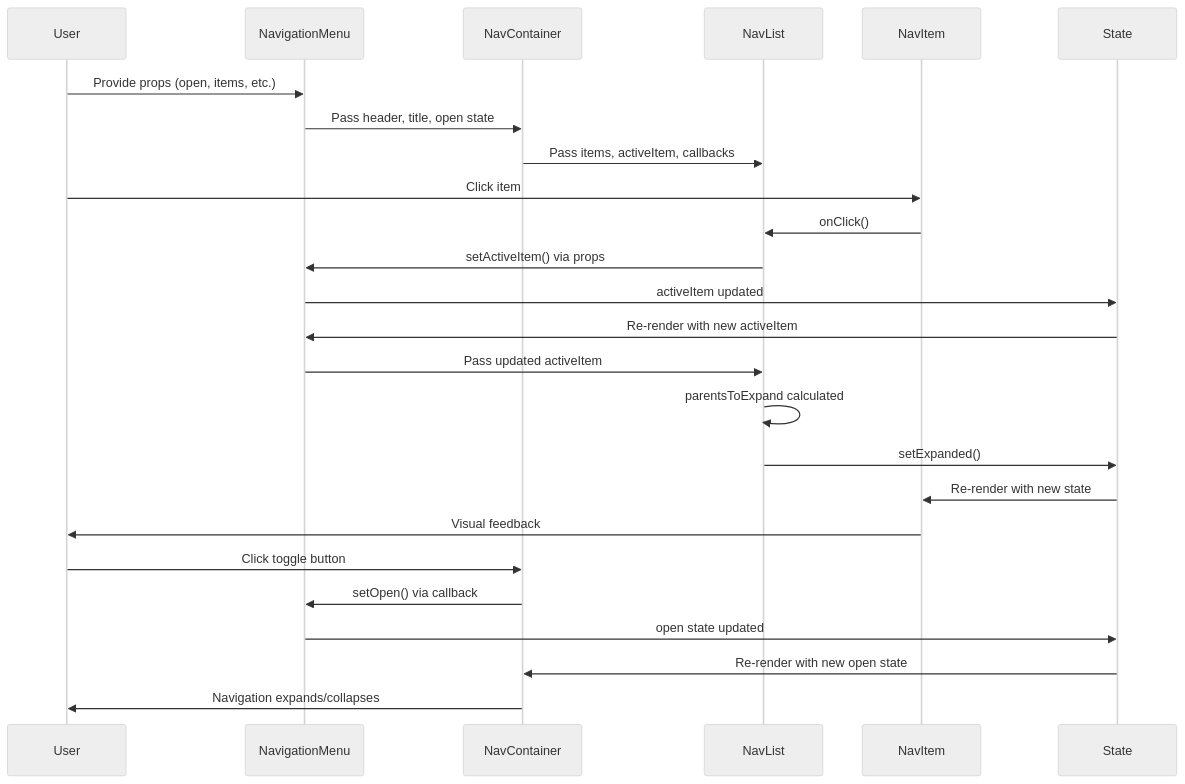
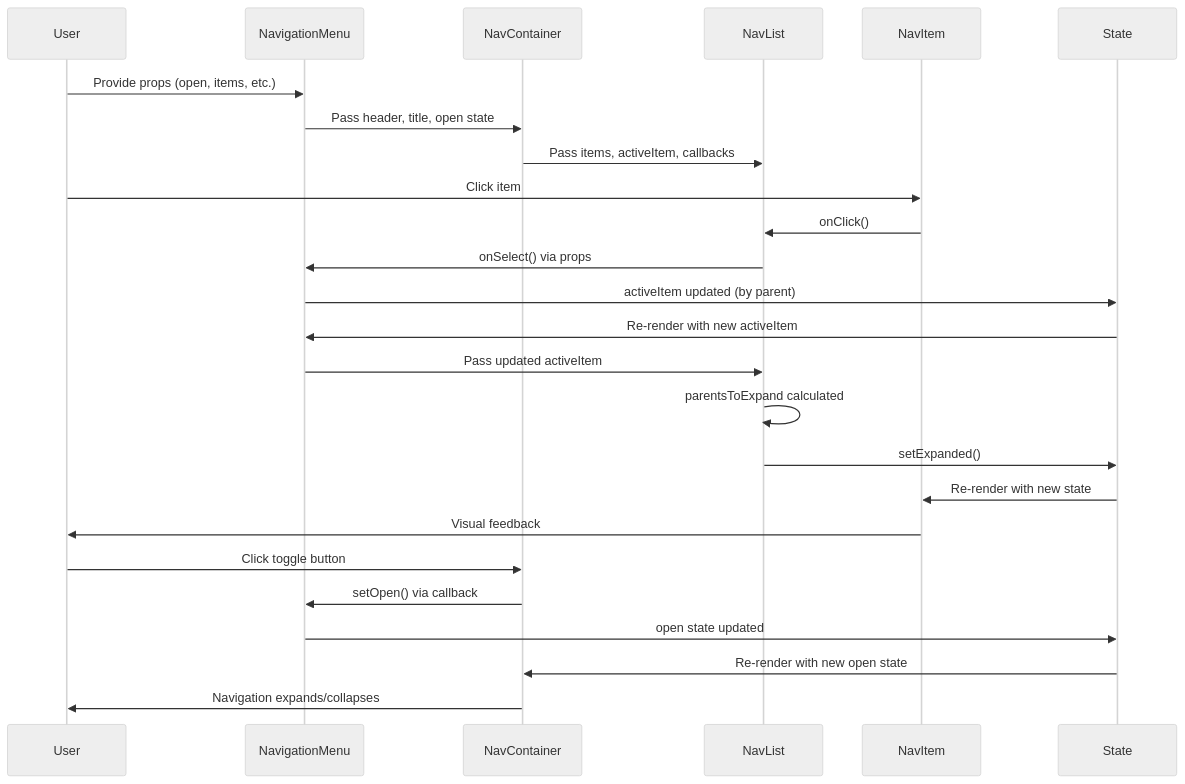
The second of 2 diagrams in aries-core/src/js/components/core/NavigationMenu/DOCUMENTATION.md (grommet/hpe-design-system), drawn with Mermaid (neutral theme) before and after one commit. The commit also changed other lines of this file and 4 other files, not shown here.

Commit message:
simplified and consolidated setActiveItem and onSelect props

````diff
--- a/aries-core/src/js/components/core/NavigationMenu/DOCUMENTATION.md
+++ b/aries-core/src/js/components/core/NavigationMenu/DOCUMENTATION.md
@@ -314,30 +305,30 @@
 ```mermaid
 sequenceDiagram
     participant User
     participant NavigationMenu
     participant NavContainer
     participant NavList
     participant NavItem
     participant State
 
     User->>NavigationMenu: Provide props (open, items, etc.)
     NavigationMenu->>NavContainer: Pass header, title, open state
     NavContainer->>NavList: Pass items, activeItem, callbacks
 
     User->>NavItem: Click item
     NavItem->>NavList: onClick()
-    NavList->>NavigationMenu: setActiveItem() via props
-    NavigationMenu->>State: activeItem updated
+    NavList->>NavigationMenu: onSelect() via props
+    NavigationMenu->>State: activeItem updated (by parent)
     State->>NavigationMenu: Re-render with new activeItem
     NavigationMenu->>NavList: Pass updated activeItem
     NavList->>NavList: parentsToExpand calculated
     NavList->>State: setExpanded()
     State->>NavItem: Re-render with new state
     NavItem->>User: Visual feedback
 
     User->>NavContainer: Click toggle button
     NavContainer->>NavigationMenu: setOpen() via callback
     NavigationMenu->>State: open state updated
     State->>NavContainer: Re-render with new open state
     NavContainer->>User: Navigation expands/collapses
 ```
````
